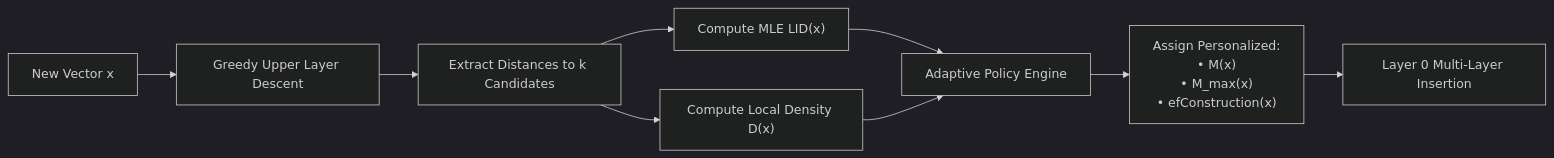
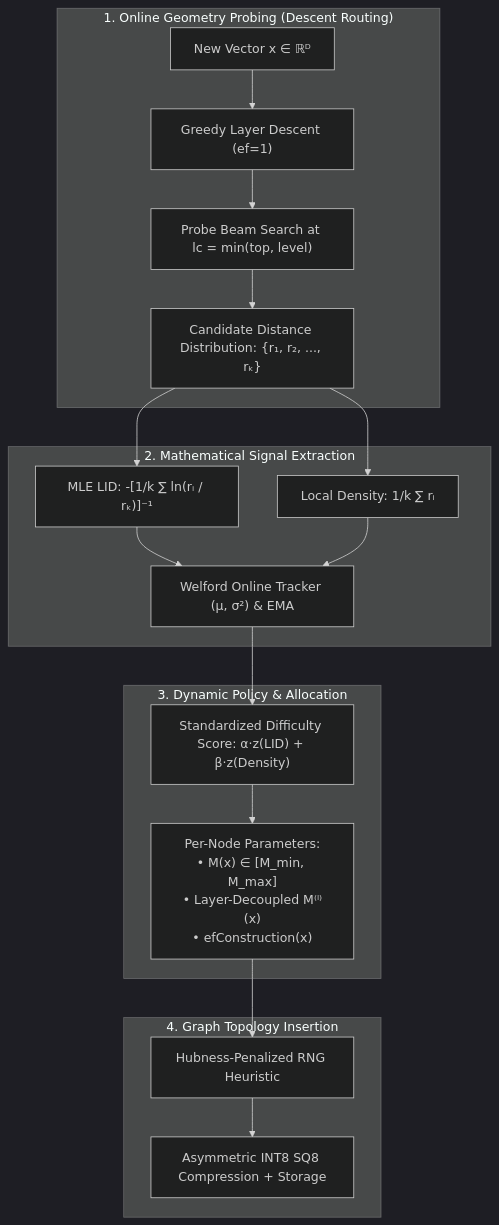
The diagram in README.md (aradhyags7/AdaptiveVec), drawn with Mermaid (dark theme) before and after one commit. The commit also changed other lines of this file, not shown here.

````diff
--- a/README.md
+++ b/README.md
@@ -73,11 +91,24 @@
 ```mermaid
-flowchart LR
-    vec["New Vector x"] --> probe["Greedy Upper Layer Descent"]
-    probe --> signals["Extract Distances to k Candidates"]
-    signals --> lid["Compute MLE LID(x)"]
-    signals --> dens["Compute Local Density D(x)"]
-    lid --> policy["Adaptive Policy Engine"]
-    dens --> policy
-    policy --> params["Assign Personalized:<br/>• M(x)<br/>• M_max(x)<br/>• efConstruction(x)"]
-    params --> insert["Layer 0 Multi-Layer Insertion"]
+flowchart TD
+    subgraph S1["1. Online Geometry Probing (Descent Routing)"]
+        A["New Vector x ∈ ℝᴰ"] --> B["Greedy Layer Descent (ef=1)"]
+        B --> C["Probe Beam Search at lc = min(top, level)"]
+        C --> D["Candidate Distance Distribution: {r₁, r₂, ..., rₖ}"]
+    end
+
+    subgraph S2["2. Mathematical Signal Extraction"]
+        D --> E["MLE LID: -[1/k ∑ ln(rᵢ / rₖ)]⁻¹"]
+        D --> F["Local Density: 1/k ∑ rᵢ"]
+        E & F --> G["Welford Online Tracker (μ, σ²) & EMA"]
+    end
+
+    subgraph S3["3. Dynamic Policy & Allocation"]
+        G --> H["Standardized Difficulty Score: α·z(LID) + β·z(Density)"]
+        H --> I["Per-Node Parameters:<br/>• M(x) ∈ [M_min, M_max]<br/>• Layer-Decoupled M⁽ˡ⁾(x)<br/>• efConstruction(x)"]
+    end
+
+    subgraph S4["4. Graph Topology Insertion"]
+        I --> J["Hubness-Penalized RNG Heuristic"]
+        J --> K["Asymmetric INT8 SQ8 Compression + Storage"]
+    end
 ```
````
